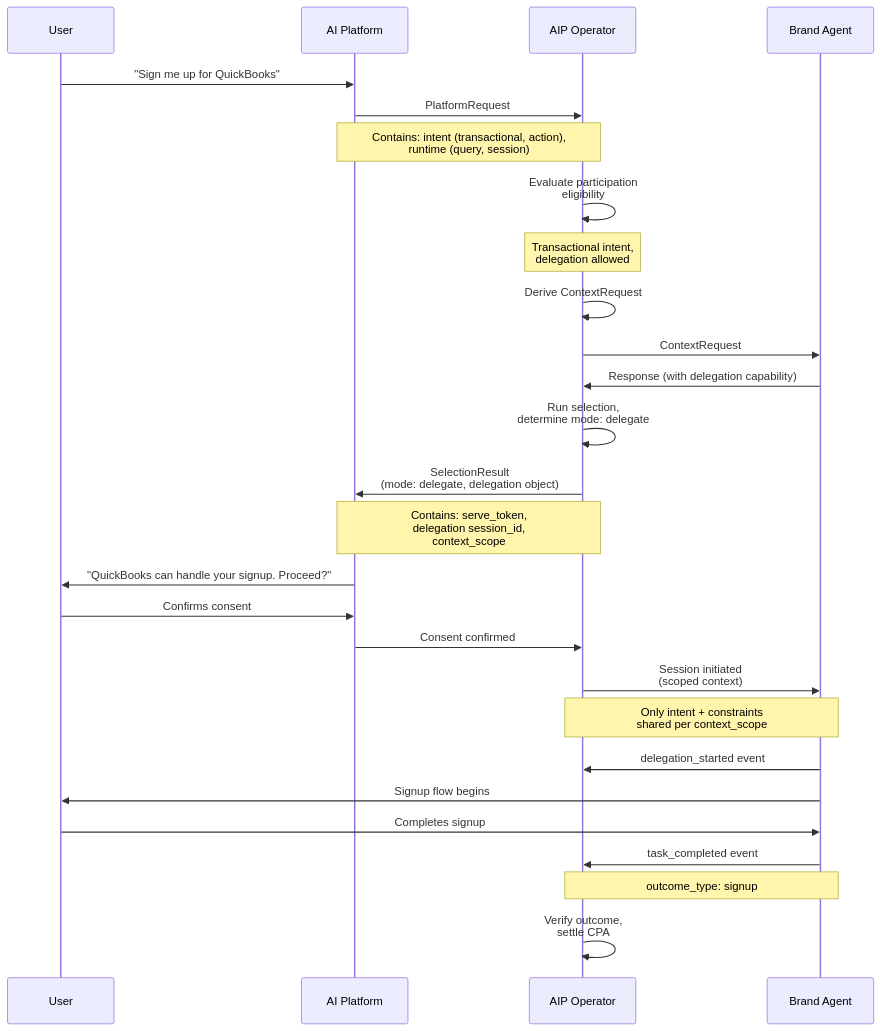
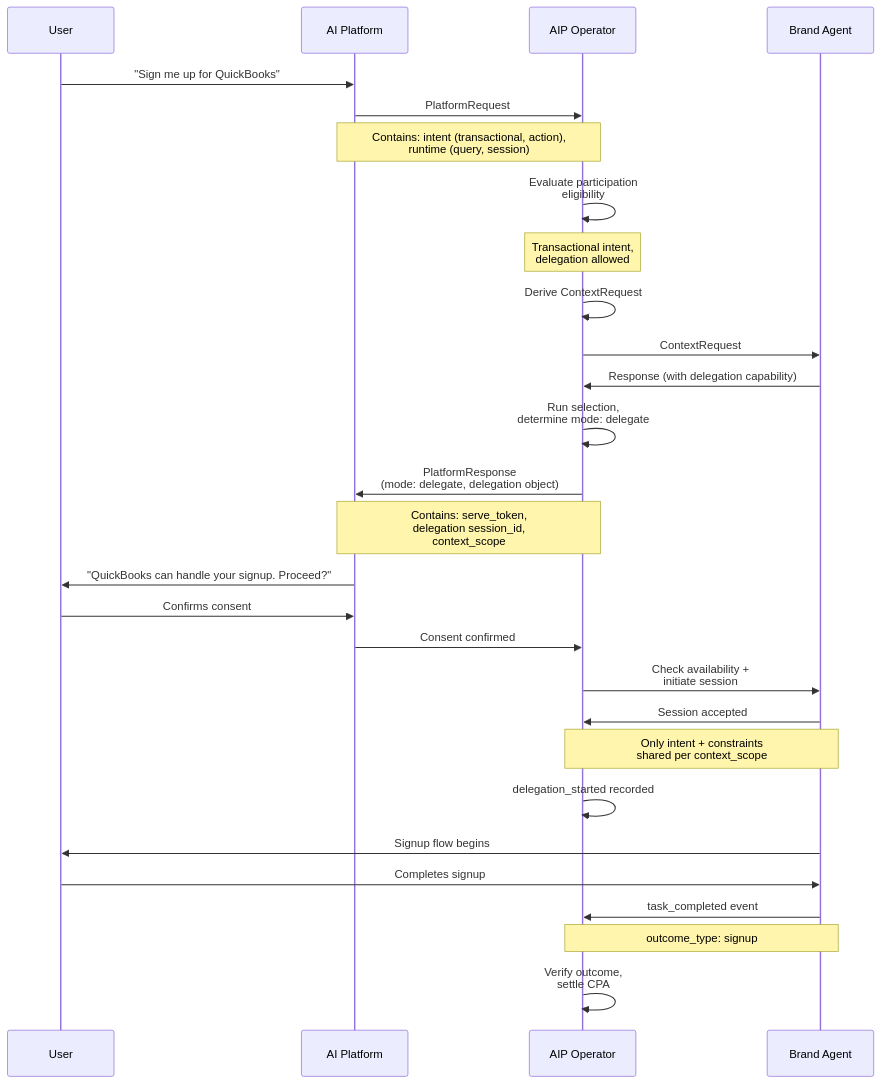
The second of 2 diagrams in end-to-end-flow.mdx (GouniManikumar12/mintlify-docs), drawn with Mermaid before and after one commit. The commit also changed other lines of this file and 35 other files, not shown here.

````diff
--- a/end-to-end-flow.mdx
+++ b/end-to-end-flow.mdx
@@ -80,38 +80,39 @@
 ```mermaid
 sequenceDiagram
     participant User
     participant Platform as AI Platform
     participant Operator as AIP Operator
     participant BrandAgent as Brand Agent
 
     User->>Platform: "Sign me up for QuickBooks"
     Platform->>Operator: PlatformRequest
     Note over Platform,Operator: Contains: intent (transactional, action),<br/>runtime (query, session)
 
     Operator->>Operator: Evaluate participation<br/>eligibility
     Note over Operator: Transactional intent,<br/>delegation allowed
 
     Operator->>Operator: Derive ContextRequest
     Operator->>BrandAgent: ContextRequest
     BrandAgent->>Operator: Response (with delegation capability)
 
     Operator->>Operator: Run selection,<br/>determine mode: delegate
-    Operator->>Platform: SelectionResult<br/>(mode: delegate, delegation object)
+    Operator->>Platform: PlatformResponse<br/>(mode: delegate, delegation object)
     Note over Operator,Platform: Contains: serve_token,<br/>delegation session_id,<br/>context_scope
 
     Platform->>User: "QuickBooks can handle your signup. Proceed?"
     User->>Platform: Confirms consent
     Platform->>Operator: Consent confirmed
 
-    Operator->>BrandAgent: Session initiated<br/>(scoped context)
+    Operator->>BrandAgent: Check availability +<br/>initiate session
+    BrandAgent->>Operator: Session accepted
     Note over Operator,BrandAgent: Only intent + constraints<br/>shared per context_scope
 
-    BrandAgent->>Operator: delegation_started event
+    Operator->>Operator: delegation_started recorded
     BrandAgent->>User: Signup flow begins
 
     User->>BrandAgent: Completes signup
     BrandAgent->>Operator: task_completed event
     Note over BrandAgent,Operator: outcome_type: signup
 
     Operator->>Operator: Verify outcome,<br/>settle CPA
 ```
````
